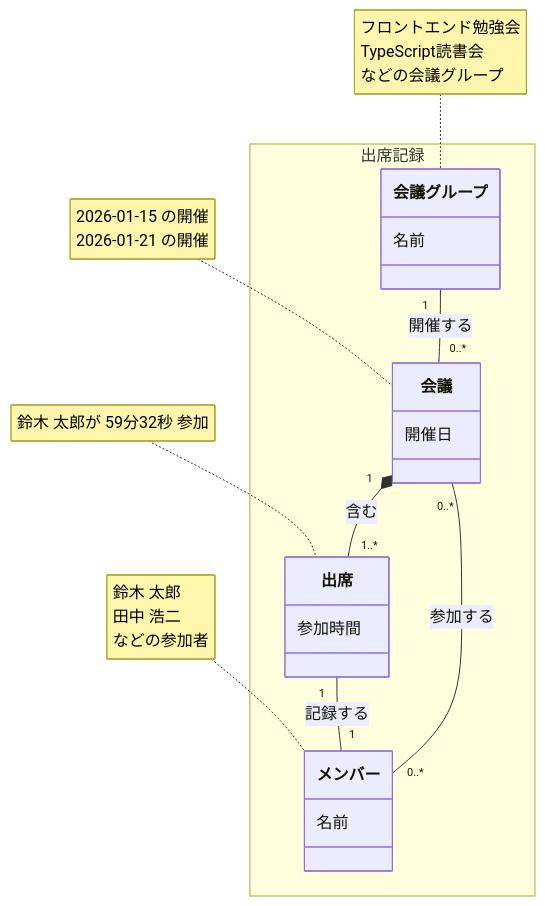
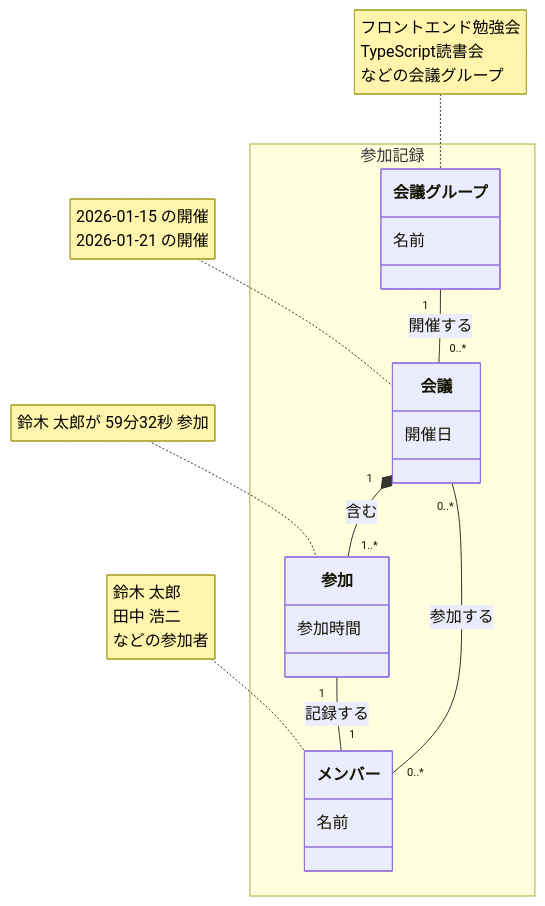
The first of 2 diagrams in docs/index.md (nuitsjp/teams-board), drawn with Mermaid before and after one commit. The commit also changed other lines of this file and 2 other files, not shown here.

````diff
--- a/docs/index.md
+++ b/docs/index.md
@@ -12,27 +12,27 @@
 ```mermaid
 classDiagram
-    namespace 出席記録 {
+    namespace 参加記録 {
         class 会議グループ {
             名前
         }
         class メンバー {
             名前
         }
         class 会議 {
             開催日
         }
-        class 出席 {
+        class 参加 {
             参加時間
         }
     }
 
     会議グループ "1" -- "0..*" 会議 : 開催する
     メンバー "0..*" -- "0..*" 会議 : 参加する
-    会議 "1" *-- "1..*" 出席 : 含む
-    出席 "1" -- "1" メンバー : 記録する
+    会議 "1" *-- "1..*" 参加 : 含む
+    参加 "1" -- "1" メンバー : 記録する
 
     note for 会議グループ "フロントエンド勉強会<br/>TypeScript読書会<br/>などの会議グループ"
     note for メンバー "鈴木 太郎<br/>田中 浩二<br/>などの参加者"
     note for 会議 "2026-01-15 の開催<br/>2026-01-21 の開催"
-    note for 出席 "鈴木 太郎が 59分32秒 参加"
+    note for 参加 "鈴木 太郎が 59分32秒 参加"
 ```
````
